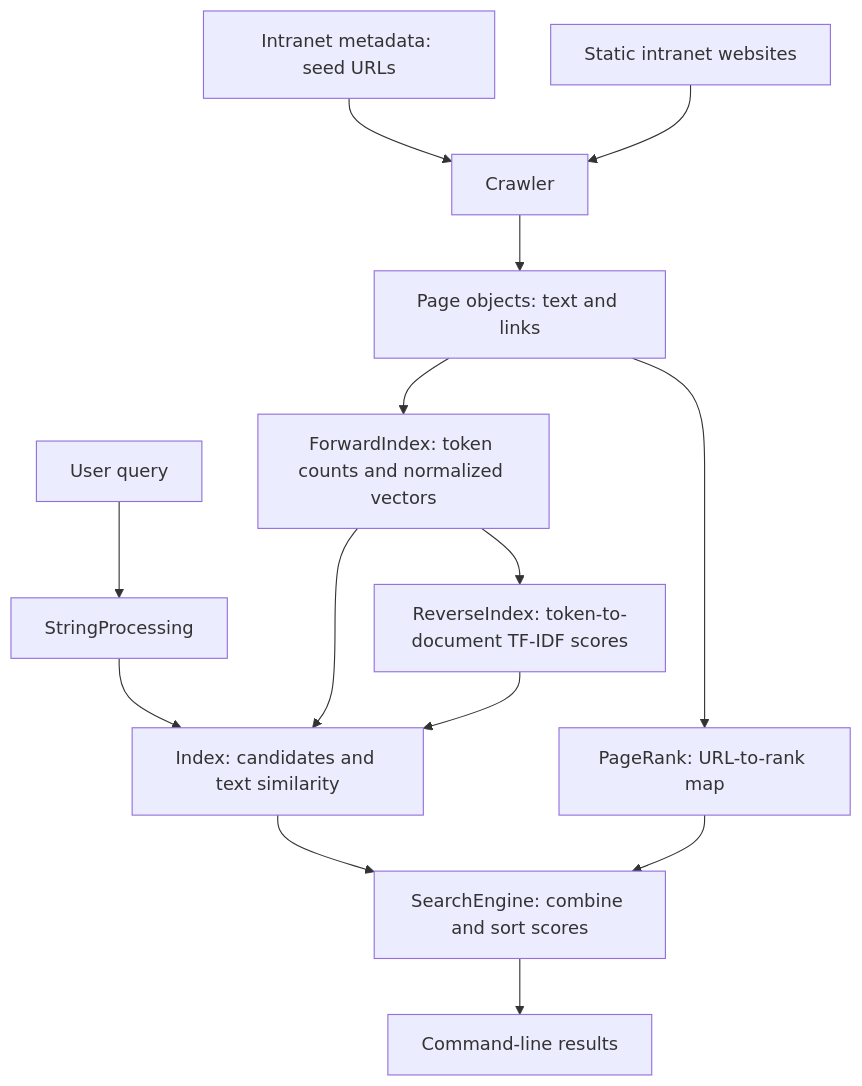
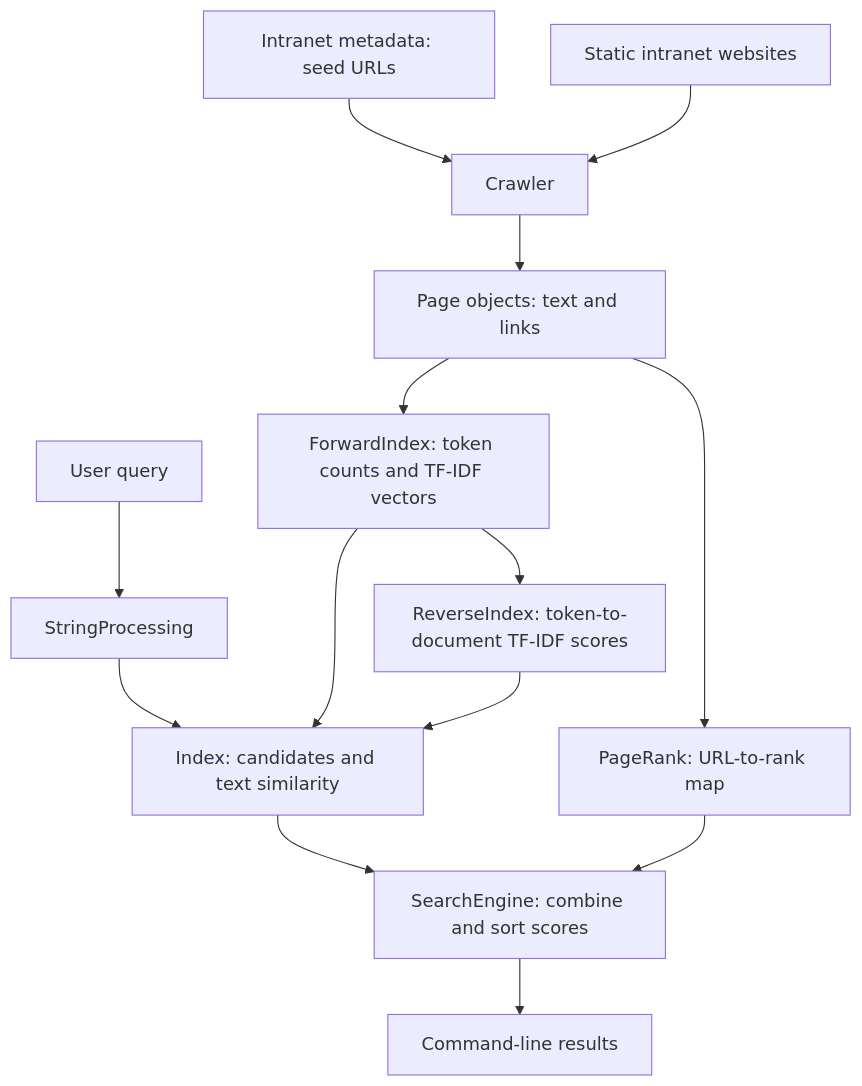
Before and after one commit to alexgreif/anguilla-search: the diagram in docs/architecture.md, drawn with Mermaid. The commit also changed other lines of this file and 6 other files, not shown here.

````diff
--- a/docs/architecture.md
+++ b/docs/architecture.md
@@ -9,16 +9,16 @@
 ```mermaid
 flowchart TD
     M[Intranet metadata: seed URLs] --> C[Crawler]
     W[Static intranet websites] --> C
     C --> P[Page objects: text and links]
-    P --> F[ForwardIndex: token counts and normalized vectors]
+    P --> F[ForwardIndex: token counts and TF-IDF vectors]
     F --> R[ReverseIndex: token-to-document TF-IDF scores]
     P --> PR[PageRank: URL-to-rank map]
     Q[User query] --> S[StringProcessing]
     S --> I[Index: candidates and text similarity]
     F --> I
     R --> I
     I --> E[SearchEngine: combine and sort scores]
     PR --> E
     E --> O[Command-line results]
 ```
````
